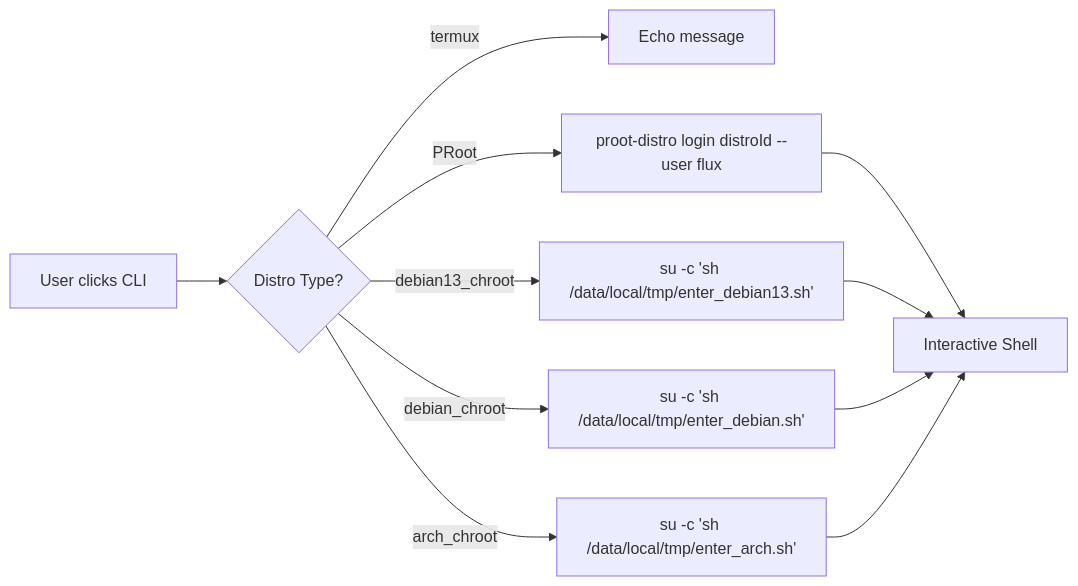
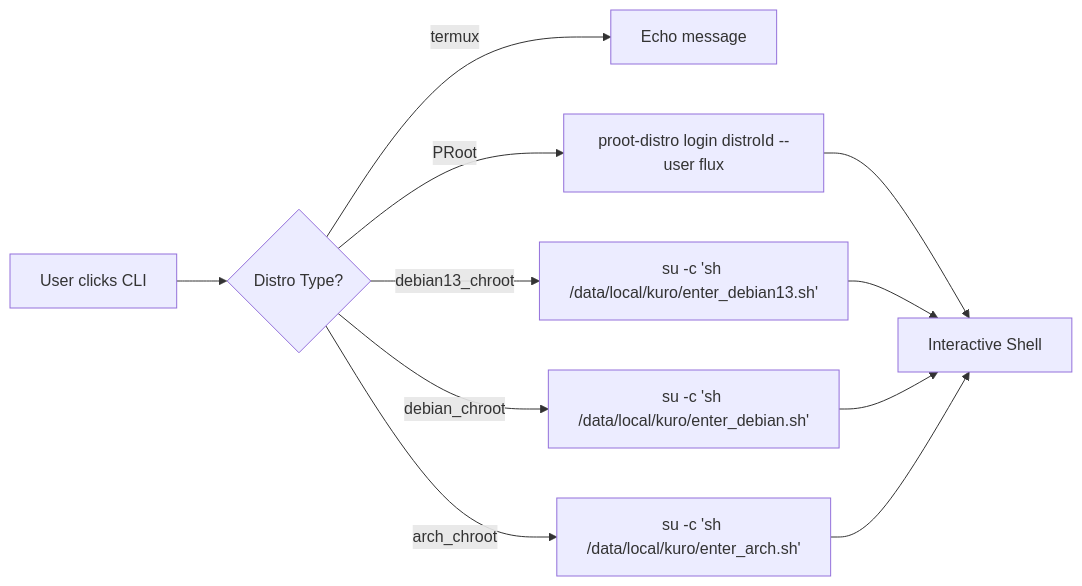
The seventh of 15 diagrams in docs/script_execution_workflow.md (HakaI963/kuro), drawn with Mermaid before and after one commit. The commit also changed other lines of this file and 573 other files, not shown here.

````diff
--- a/docs/script_execution_workflow.md
+++ b/docs/script_execution_workflow.md
@@ -340,13 +340,13 @@
 ```mermaid
 flowchart LR
     A[User clicks CLI] --> B{Distro Type?}
     B -->|termux| C[Echo message]
     B -->|PRoot| D["proot-distro login distroId --user flux"]
-    B -->|debian13_chroot| E["su -c 'sh /data/local/tmp/enter_debian13.sh'"]
-    B -->|debian_chroot| F["su -c 'sh /data/local/tmp/enter_debian.sh'"]
-    B -->|arch_chroot| G["su -c 'sh /data/local/tmp/enter_arch.sh'"]
+    B -->|debian13_chroot| E["su -c 'sh /data/local/kuro/enter_debian13.sh'"]
+    B -->|debian_chroot| F["su -c 'sh /data/local/kuro/enter_debian.sh'"]
+    B -->|arch_chroot| G["su -c 'sh /data/local/kuro/enter_arch.sh'"]
     D --> H[Interactive Shell]
     E --> H
     F --> H
     G --> H
 ```
````
